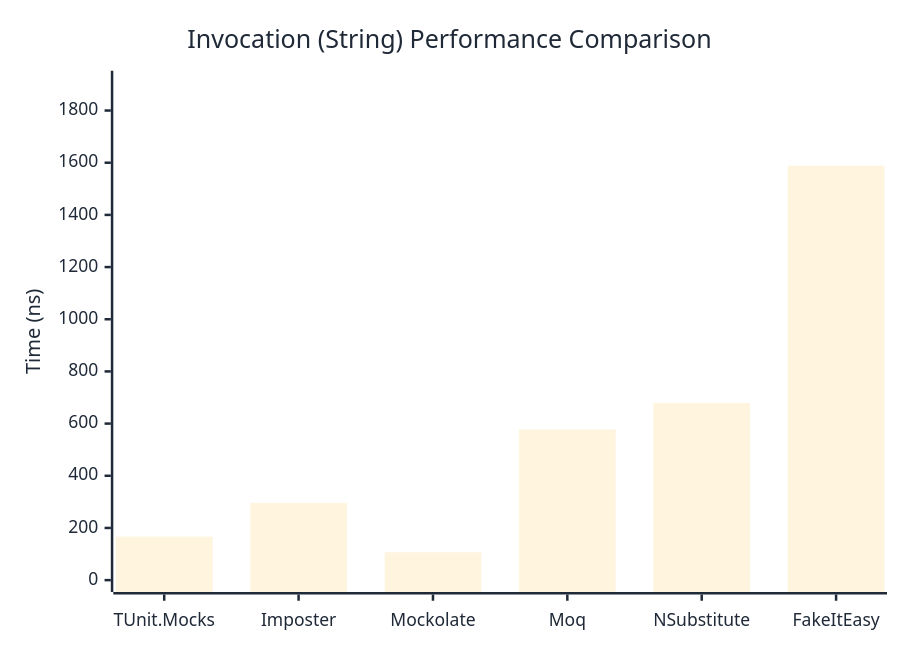
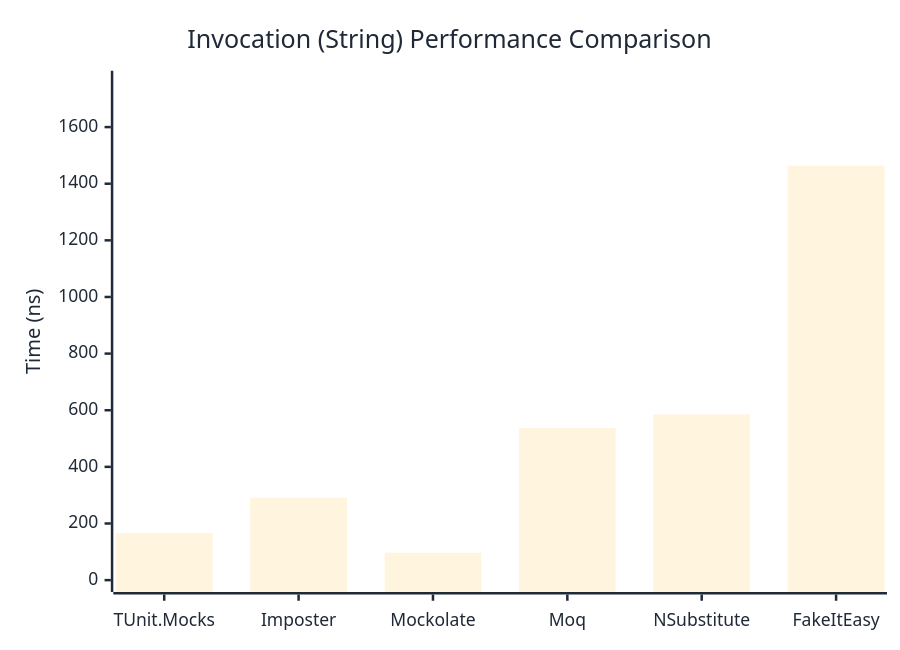
Before and after one commit to thomhurst/TUnit: the second of 3 diagrams in docs/docs/benchmarks/mocks/Invocation.md, drawn with Mermaid. The commit also changed other lines of this file and 14 other files, not shown here.

````diff
--- a/docs/docs/benchmarks/mocks/Invocation.md
+++ b/docs/docs/benchmarks/mocks/Invocation.md
@@ -71,27 +71,27 @@
 ```mermaid
 %%{init: {
   'theme':'base',
   'themeVariables': {
     'primaryColor': '#2563eb',
     'primaryTextColor': '#1f2937',
     'primaryBorderColor': '#1e40af',
     'lineColor': '#6b7280',
     'secondaryColor': '#7c3aed',
     'tertiaryColor': '#dc2626',
     'background': '#ffffff',
     'pie1': '#2563eb',
     'pie2': '#7c3aed',
     'pie3': '#dc2626',
     'pie4': '#f59e0b',
     'pie5': '#10b981',
     'pie6': '#06b6d4',
     'pie7': '#ec4899',
     'pie8': '#6366f1'
   }
 }}%%
 xychart-beta
   title "Invocation (String) Performance Comparison"
   x-axis ["TUnit.Mocks", "Imposter", "Mockolate", "Moq", "NSubstitute", "FakeItEasy"]
-  y-axis "Time (ns)" 0 --> 1907
-  bar [166.8, 296, 106.9, 577.3, 679, 1588.5]
+  y-axis "Time (ns)" 0 --> 1757
+  bar [166.1, 290.95, 96.79, 537.42, 585.36, 1463.68]
 ```
````
